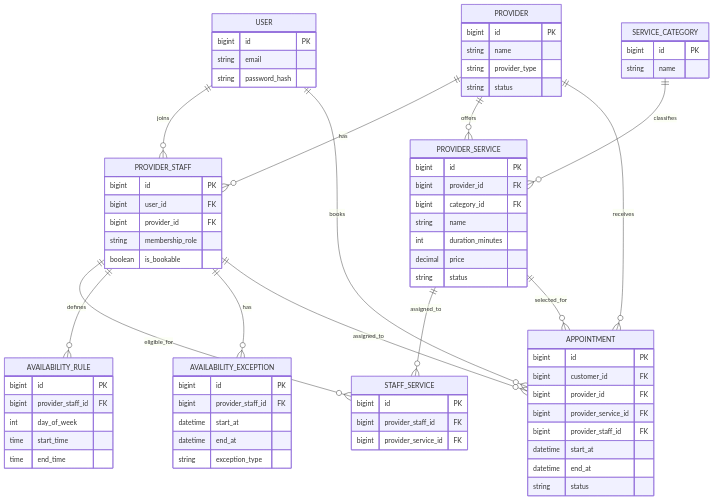
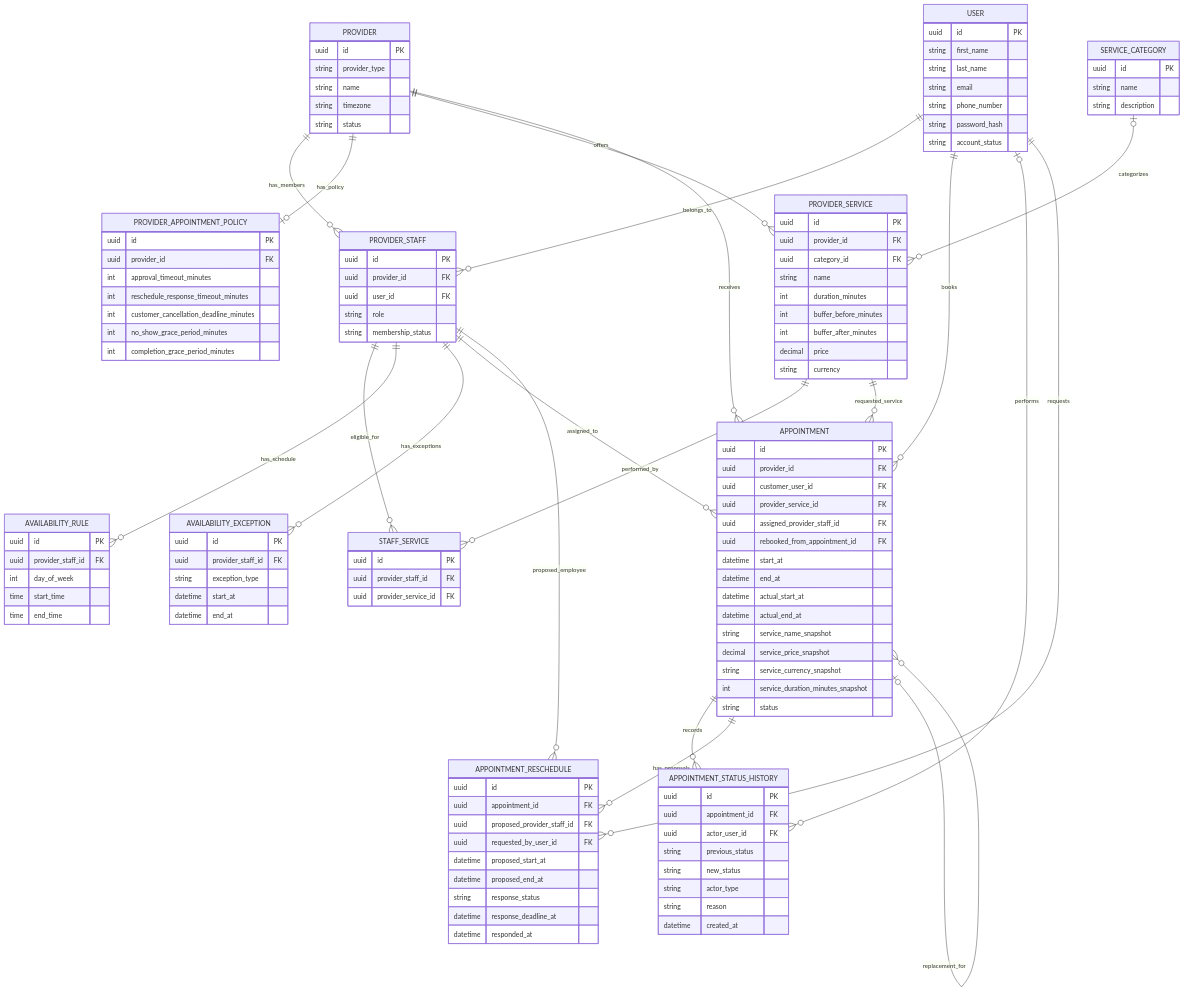
Before and after one commit to GaganiSenarathne/SlotWise: the diagram in docs/04-database/erd.md, drawn with Mermaid. The commit also changed other lines of this file and 5 other files, not shown here.

Commit message:
Docs: Define data models, logical entity relationship diagram, refine the requirements

````diff
--- a/docs/04-database/erd.md
+++ b/docs/04-database/erd.md
@@ -8,87 +14,148 @@
 ```mermaid
 erDiagram
-    USER ||--o{ PROVIDER_STAFF : joins
-    PROVIDER ||--o{ PROVIDER_STAFF : has
-    PROVIDER ||--o{ PROVIDER_SERVICE : offers
-    SERVICE_CATEGORY ||--o{ PROVIDER_SERVICE : classifies
-
-    PROVIDER_STAFF ||--o{ STAFF_SERVICE : eligible_for
-    PROVIDER_SERVICE ||--o{ STAFF_SERVICE : assigned_to
-
-    PROVIDER_STAFF ||--o{ AVAILABILITY_RULE : defines
-    PROVIDER_STAFF ||--o{ AVAILABILITY_EXCEPTION : has
-
-    USER ||--o{ APPOINTMENT : books
-    PROVIDER ||--o{ APPOINTMENT : receives
-    PROVIDER_SERVICE ||--o{ APPOINTMENT : selected_for
-    PROVIDER_STAFF ||--o{ APPOINTMENT : assigned_to
 
     USER {
-        bigint id PK
+        uuid id PK
+        string first_name
+        string last_name
         string email
+        string phone_number
         string password_hash
+        string account_status
     }
 
     PROVIDER {
-        bigint id PK
+        uuid id PK
+        string provider_type
         string name
-        string provider_type
+        string timezone
         string status
     }
 
     PROVIDER_STAFF {
-        bigint id PK
-        bigint user_id FK
-        bigint provider_id FK
-        string membership_role
-        boolean is_bookable
+        uuid id PK
+        uuid provider_id FK
+        uuid user_id FK
+        string role
+        string membership_status
+    }
+
+    PROVIDER_APPOINTMENT_POLICY {
+        uuid id PK
+        uuid provider_id FK
+        int approval_timeout_minutes
+        int reschedule_response_timeout_minutes
+        int customer_cancellation_deadline_minutes
+        int no_show_grace_period_minutes
+        int completion_grace_period_minutes
     }
 
     SERVICE_CATEGORY {
-        bigint id PK
+        uuid id PK
         string name
+        string description
     }
 
     PROVIDER_SERVICE {
-        bigint id PK
-        bigint provider_id FK
-        bigint category_id FK
+        uuid id PK
+        uuid provider_id FK
+        uuid category_id FK
         string name
         int duration_minutes
+        int buffer_before_minutes
+        int buffer_after_minutes
         decimal price
-        string status
+        string currency
     }
 
     STAFF_SERVICE {
-        bigint id PK
-        bigint provider_staff_id FK
-        bigint provider_service_id FK
+        uuid id PK
+        uuid provider_staff_id FK
+        uuid provider_service_id FK
     }
 
     AVAILABILITY_RULE {
-        bigint id PK
-        bigint provider_staff_id FK
+        uuid id PK
+        uuid provider_staff_id FK
         int day_of_week
         time start_time
         time end_time
     }
 
     AVAILABILITY_EXCEPTION {
-        bigint id PK
-        bigint provider_staff_id FK
+        uuid id PK
+        uuid provider_staff_id FK
+        string exception_type
         datetime start_at
         datetime end_at
-        string exception_type
     }
 
     APPOINTMENT {
-        bigint id PK
-        bigint customer_id FK
-        bigint provider_id FK
-        bigint provider_service_id FK
-        bigint provider_staff_id FK
+        uuid id PK
+        uuid provider_id FK
+        uuid customer_user_id FK
+        uuid provider_service_id FK
+        uuid assigned_provider_staff_id FK
+        uuid rebooked_from_appointment_id FK
         datetime start_at
         datetime end_at
+        datetime actual_start_at
+        datetime actual_end_at
+        string service_name_snapshot
+        decimal service_price_snapshot
+        string service_currency_snapshot
+        int service_duration_minutes_snapshot
         string status
     }
+
+    APPOINTMENT_STATUS_HISTORY {
+        uuid id PK
+        uuid appointment_id FK
+        uuid actor_user_id FK
+        string previous_status
+        string new_status
+        string actor_type
+        string reason
+        datetime created_at
+    }
+
+    APPOINTMENT_RESCHEDULE {
+        uuid id PK
+        uuid appointment_id FK
+        uuid proposed_provider_staff_id FK
+        uuid requested_by_user_id FK
+        datetime proposed_start_at
+        datetime proposed_end_at
+        string response_status
+        datetime response_deadline_at
+        datetime responded_at
+    }
+
+    USER ||--o{ PROVIDER_STAFF : belongs_to
+    PROVIDER ||--o{ PROVIDER_STAFF : has_members
+
+    PROVIDER ||--o| PROVIDER_APPOINTMENT_POLICY : has_policy
+
+    PROVIDER ||--o{ PROVIDER_SERVICE : offers
+    SERVICE_CATEGORY o|--o{ PROVIDER_SERVICE : categorizes
+
+    PROVIDER_STAFF ||--o{ STAFF_SERVICE : eligible_for
+    PROVIDER_SERVICE ||--o{ STAFF_SERVICE : performed_by
+
+    PROVIDER_STAFF ||--o{ AVAILABILITY_RULE : has_schedule
+    PROVIDER_STAFF ||--o{ AVAILABILITY_EXCEPTION : has_exceptions
+
+    PROVIDER ||--o{ APPOINTMENT : receives
+    USER ||--o{ APPOINTMENT : books
+    PROVIDER_SERVICE ||--o{ APPOINTMENT : requested_service
+    PROVIDER_STAFF ||--o{ APPOINTMENT : assigned_to
+
+    APPOINTMENT ||--o{ APPOINTMENT_STATUS_HISTORY : records
+    USER o|--o{ APPOINTMENT_STATUS_HISTORY : performs
+
+    APPOINTMENT ||--o{ APPOINTMENT_RESCHEDULE : has_proposals
+    PROVIDER_STAFF ||--o{ APPOINTMENT_RESCHEDULE : proposed_employee
+    USER ||--o{ APPOINTMENT_RESCHEDULE : requests
+
+    APPOINTMENT o|--o{ APPOINTMENT : replacement_for
 ```
````
